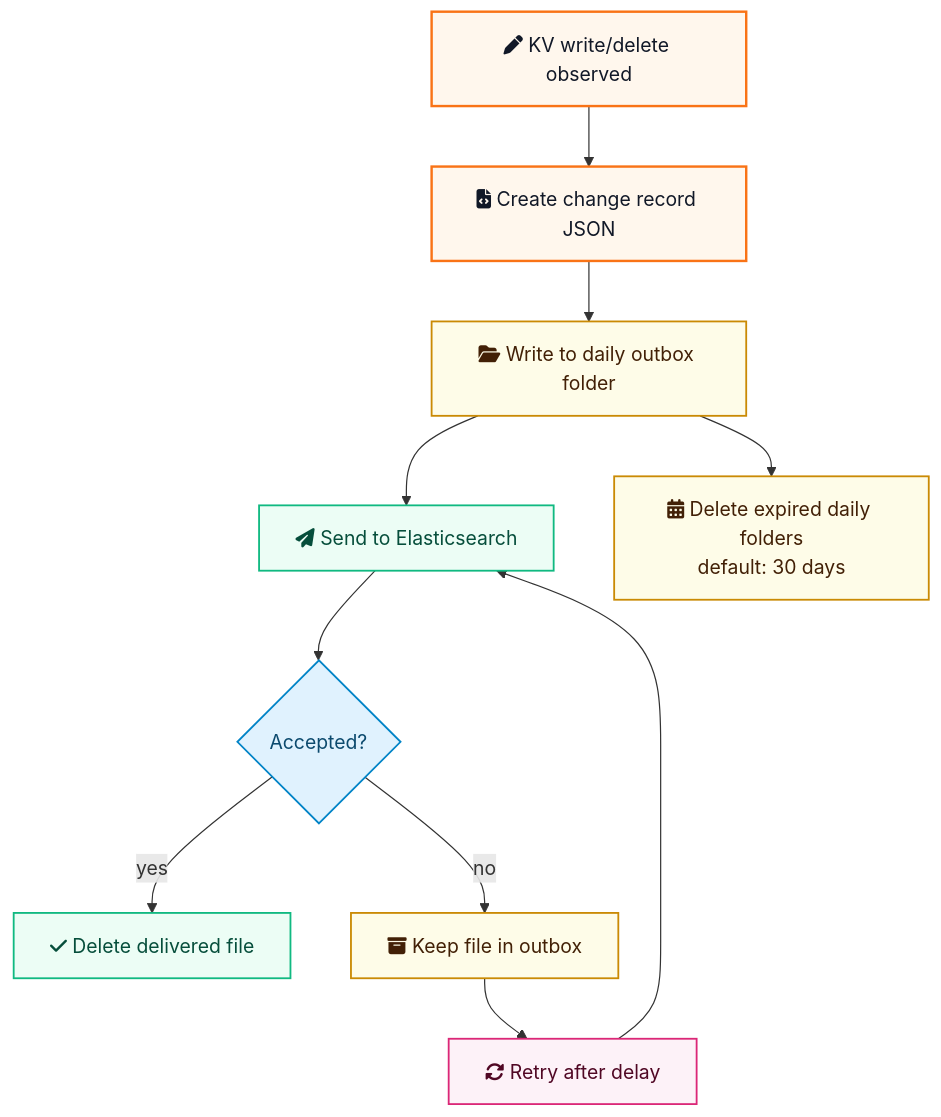
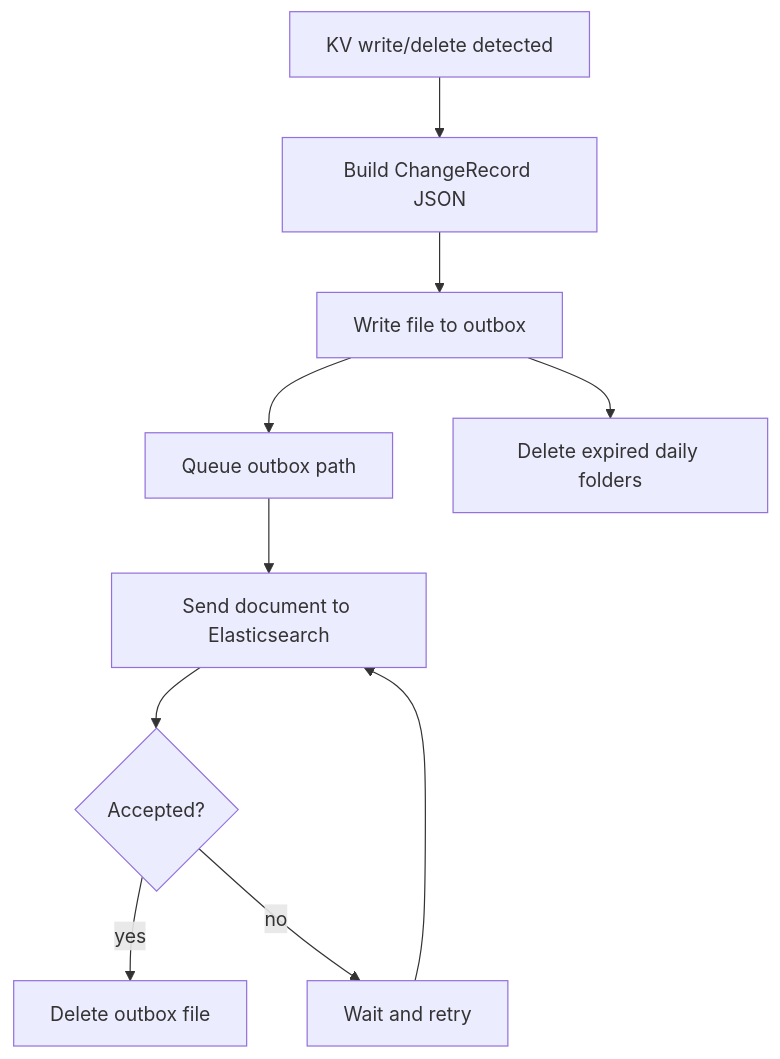
One commit to sinanakyazici/ConsulChangeLogger changed the third of 3 diagrams in docs/architecture.md. Above: the diagram before and after it, drawn with Mermaid. The commit also changed other lines of this file and 2 other files, not shown here.

Commit message:
Refresh README and architecture documentation

````diff
--- a/docs/architecture.md
+++ b/docs/architecture.md
@@ -92,29 +169,17 @@
 ```mermaid
 flowchart TD
-    change["fa:fa-pen KV write/delete observed"]
-    json["fa:fa-file-code Create change record JSON"]
-    daily["fa:fa-folder-open Write to daily outbox folder"]
-    send["fa:fa-paper-plane Send to Elasticsearch"]
+    event["KV write/delete detected"]
+    record["Build ChangeRecord JSON"]
+    persist["Write file to outbox"]
+    queue["Queue outbox path"]
+    dispatch["Send document to Elasticsearch"]
     accepted{"Accepted?"}
-    delete["fa:fa-check Delete delivered file"]
-    keep["fa:fa-box-archive Keep file in outbox"]
-    retry["fa:fa-rotate Retry after delay"]
-    retention["fa:fa-calendar-days Delete expired daily folders<br/>default: 30 days"]
+    retry["Wait and retry"]
+    remove["Delete outbox file"]
+    cleanup["Delete expired daily folders"]
 
-    change --> json --> daily --> send --> accepted
-    accepted -->|yes| delete
-    accepted -->|no| keep --> retry --> send
-    daily --> retention
-
-    classDef eventNode fill:#FFF7ED,stroke:#F97316,color:#111827,stroke-width:2px
-    classDef storageNode fill:#FEFCE8,stroke:#CA8A04,color:#422006,stroke-width:1.5px
-    classDef decisionNode fill:#E0F2FE,stroke:#0284C7,color:#0C4A6E,stroke-width:1.5px
-    classDef successNode fill:#ECFDF5,stroke:#10B981,color:#064E3B,stroke-width:1.5px
-    classDef retryNode fill:#FDF2F8,stroke:#DB2777,color:#500724,stroke-width:1.5px
-
-    class change,json eventNode
-    class daily,keep,retention storageNode
-    class accepted decisionNode
-    class send,delete successNode
-    class retry retryNode
+    event --> record --> persist --> queue --> dispatch --> accepted
+    accepted -->|yes| remove
+    accepted -->|no| retry --> dispatch
+    persist --> cleanup
 ```
````
